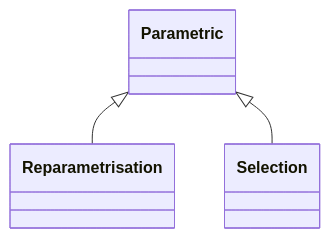
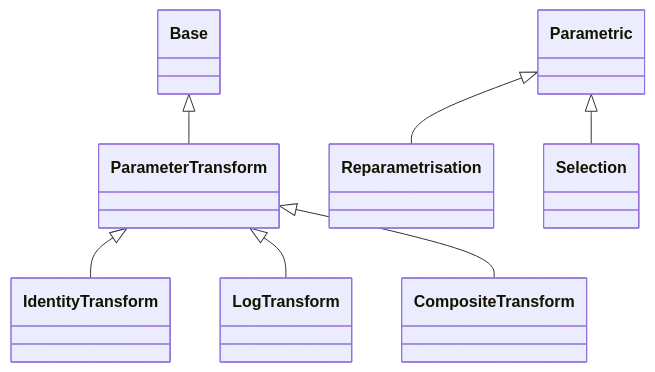
Before and after one commit to LouisDesdoigts/dLux: the sixth of 12 diagrams in docs/API/core/overview.md, drawn with Mermaid. The commit also changed 4 other files, not shown here.

Commit message:
Add reversible parameter transforms

````diff
--- a/docs/API/core/overview.md
+++ b/docs/API/core/overview.md
@@ -149,10 +149,23 @@
 ```mermaid
 classDiagram
+    class dLux_parametric_parametrisations_ParameterTransform["ParameterTransform"]
+    class dLux_parametric_parametrisations_IdentityTransform["IdentityTransform"]
+    class dLux_parametric_parametrisations_LogTransform["LogTransform"]
+    class dLux_parametric_parametrisations_CompositeTransform["CompositeTransform"]
     class dLux_parametric_parametrisations_Reparametrisation["Reparametrisation"]
     class dLux_parametric_parametrisations_Selection["Selection"]
+    class dLux_base_Base["Base"]
     class dLux_parametric_parametrics_Parametric["Parametric"]
+    dLux_base_Base <|-- dLux_parametric_parametrisations_ParameterTransform
+    click dLux_parametric_parametrisations_ParameterTransform href "../parametrisations/#dLux.parametric.parametrisations.ParameterTransform" "Methods: encode(), decode(), validate()"
+    dLux_parametric_parametrisations_ParameterTransform <|-- dLux_parametric_parametrisations_IdentityTransform
+    click dLux_parametric_parametrisations_IdentityTransform href "../parametrisations/#dLux.parametric.parametrisations.IdentityTransform" "Methods: encode(), decode()"
+    dLux_parametric_parametrisations_ParameterTransform <|-- dLux_parametric_parametrisations_LogTransform
+    click dLux_parametric_parametrisations_LogTransform href "../parametrisations/#dLux.parametric.parametrisations.LogTransform" "Methods: encode(), decode(), validate()"
+    dLux_parametric_parametrisations_ParameterTransform <|-- dLux_parametric_parametrisations_CompositeTransform
+    click dLux_parametric_parametrisations_CompositeTransform href "../parametrisations/#dLux.parametric.parametrisations.CompositeTransform" "Attributes: transforms · Methods: encode(), decode(), validate()"
     dLux_parametric_parametrics_Parametric <|-- dLux_parametric_parametrisations_Reparametrisation
-    click dLux_parametric_parametrisations_Reparametrisation href "../parametrisations/#dLux.parametric.parametrisations.Reparametrisation" "Attributes: origin, matrix, latent · Properties: shape, size, ndim · Methods: to_coeffs(), to_latent(), initialise(), project(), evaluate()"
+    click dLux_parametric_parametrisations_Reparametrisation href "../parametrisations/#dLux.parametric.parametrisations.Reparametrisation" "Attributes: origin, matrix, latent, transform · Properties: shape, size, ndim · Methods: to_coeffs(), to_latent(), initialise(), project(), evaluate()"
     dLux_parametric_parametrics_Parametric <|-- dLux_parametric_parametrisations_Selection
-    click dLux_parametric_parametrisations_Selection href "../parametrisations/#dLux.parametric.parametrisations.Selection" "Attributes: origin, indices, latent · Properties: shape, size, ndim, mask, matrix · Methods: to_coeffs(), to_latent(), initialise(), project(), evaluate()"
+    click dLux_parametric_parametrisations_Selection href "../parametrisations/#dLux.parametric.parametrisations.Selection" "Attributes: origin, indices, latent, transform · Properties: shape, size, ndim, mask, matrix · Methods: to_coeffs(), to_latent(), initialise(), project(), evaluate()"
 ```
````
